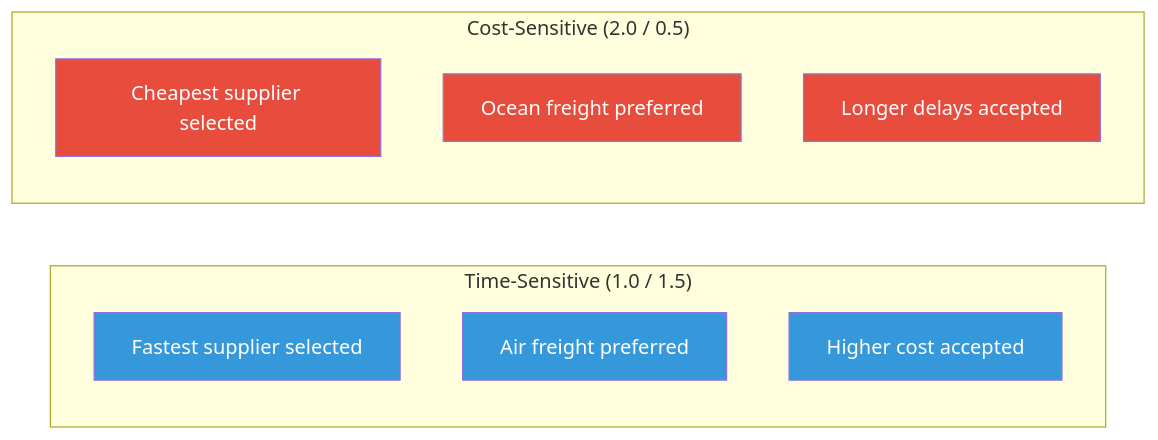
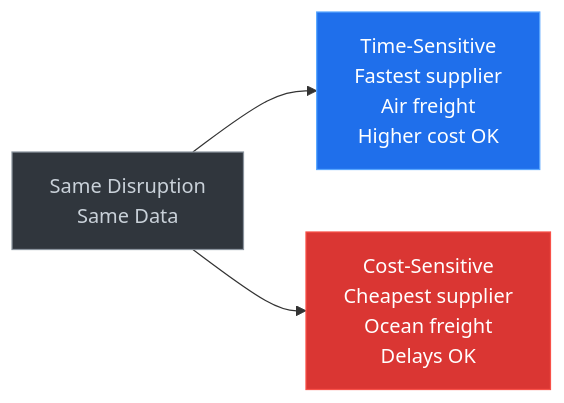
One commit to santhoshkrishnan-M/SCM-connector changed the sixth of 13 diagrams in README.md. Above: the diagram before and after it, drawn with Mermaid. The commit also changed other lines of this file, not shown here.

````diff
--- a/README.md
+++ b/README.md
@@ -474,20 +322,9 @@
 ```mermaid
 graph LR
-    subgraph "Time-Sensitive (1.0 / 1.5)"
-        T1["Fastest supplier selected"]
-        T2["Air freight preferred"]
-        T3["Higher cost accepted"]
-    end
-    subgraph "Cost-Sensitive (2.0 / 0.5)"
-        C1["Cheapest supplier selected"]
-        C2["Ocean freight preferred"]
-        C3["Longer delays accepted"]
-    end
+    IN["Same Disruption<br/>Same Data"]:::dark --> T["Time-Sensitive<br/>Fastest supplier<br/>Air freight<br/>Higher cost OK"]:::blue
+    IN --> C["Cost-Sensitive<br/>Cheapest supplier<br/>Ocean freight<br/>Delays OK"]:::red
 
-    style T1 fill:#3498db,color:#fff
-    style T2 fill:#3498db,color:#fff
-    style T3 fill:#3498db,color:#fff
-    style C1 fill:#e74c3c,color:#fff
-    style C2 fill:#e74c3c,color:#fff
-    style C3 fill:#e74c3c,color:#fff
+    classDef dark fill:#30363d,stroke:#8b949e,color:#c9d1d9
+    classDef blue fill:#1f6feb,stroke:#58a6ff,color:#fff
+    classDef red fill:#da3633,stroke:#f85149,color:#fff
 ```
````
